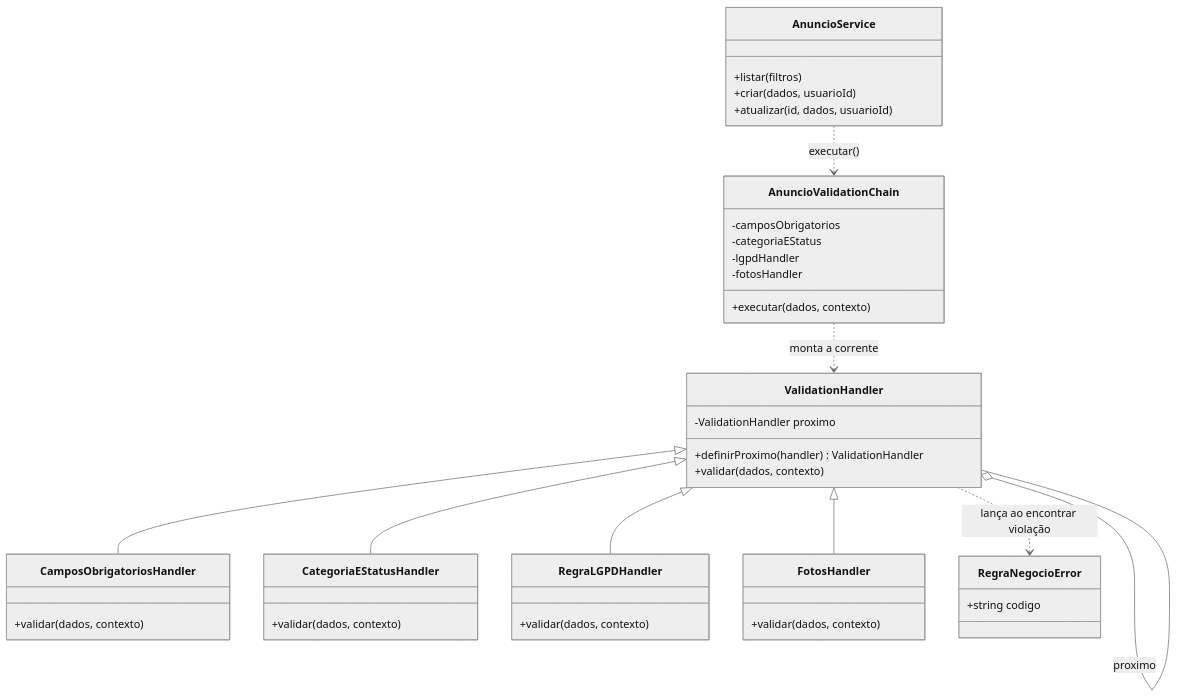
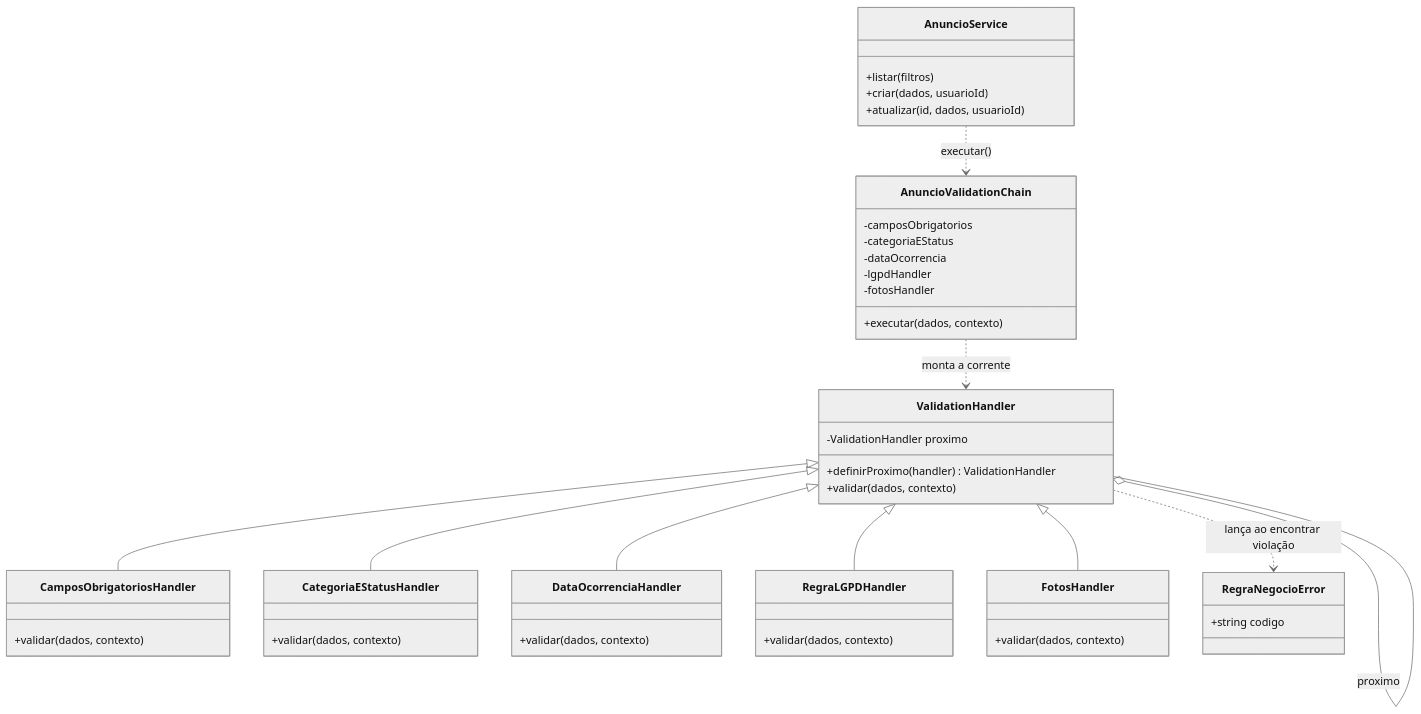
Before and after one commit to Matheus-Castro-Paula/Radar-UFLA: the first of 2 diagrams in docs/padroes/padroes-de-projeto.md, drawn with Mermaid (neutral theme). The commit also changed other lines of this file and 5 other files, not shown here.

````diff
--- a/docs/padroes/padroes-de-projeto.md
+++ b/docs/padroes/padroes-de-projeto.md
@@ -108,44 +108,49 @@
 ```mermaid
 classDiagram
     class ValidationHandler {
         -ValidationHandler proximo
         +definirProximo(handler) ValidationHandler
         +validar(dados, contexto)
     }
     class CamposObrigatoriosHandler {
         +validar(dados, contexto)
     }
     class CategoriaEStatusHandler {
         +validar(dados, contexto)
     }
+    class DataOcorrenciaHandler {
+        +validar(dados, contexto)
+    }
     class RegraLGPDHandler {
         +validar(dados, contexto)
     }
     class FotosHandler {
         +validar(dados, contexto)
     }
     class AnuncioValidationChain {
         -camposObrigatorios
         -categoriaEStatus
+        -dataOcorrencia
         -lgpdHandler
         -fotosHandler
         +executar(dados, contexto)
     }
     class AnuncioService {
         +listar(filtros)
         +criar(dados, usuarioId)
         +atualizar(id, dados, usuarioId)
     }
     class RegraNegocioError {
         +string codigo
     }
 
     ValidationHandler <|-- CamposObrigatoriosHandler
     ValidationHandler <|-- CategoriaEStatusHandler
+    ValidationHandler <|-- DataOcorrenciaHandler
     ValidationHandler <|-- RegraLGPDHandler
     ValidationHandler <|-- FotosHandler
     ValidationHandler o-- ValidationHandler : proximo
     AnuncioValidationChain ..> ValidationHandler : monta a corrente
     AnuncioService ..> AnuncioValidationChain : executar()
     ValidationHandler ..> RegraNegocioError : lança ao encontrar violação
 ```
````
